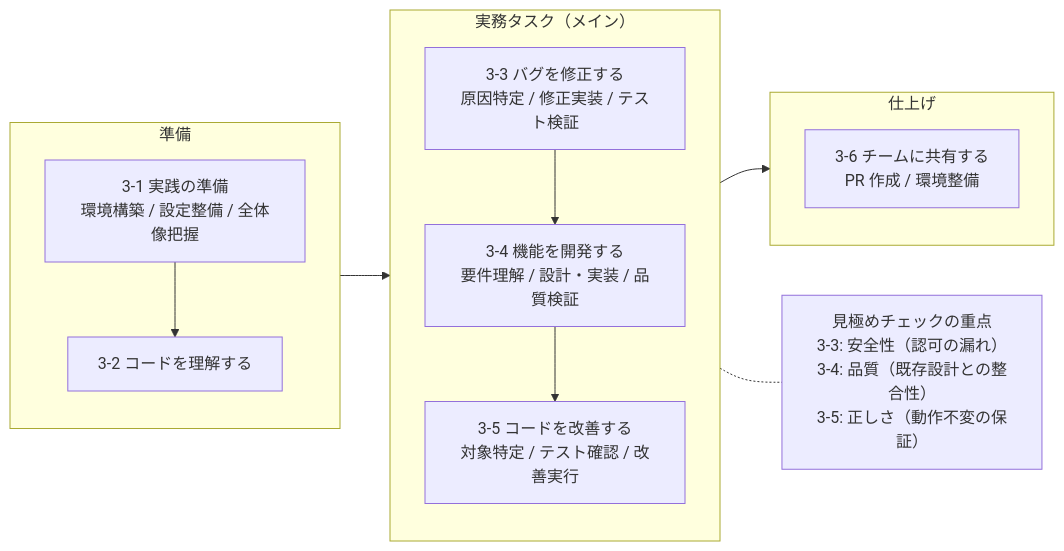
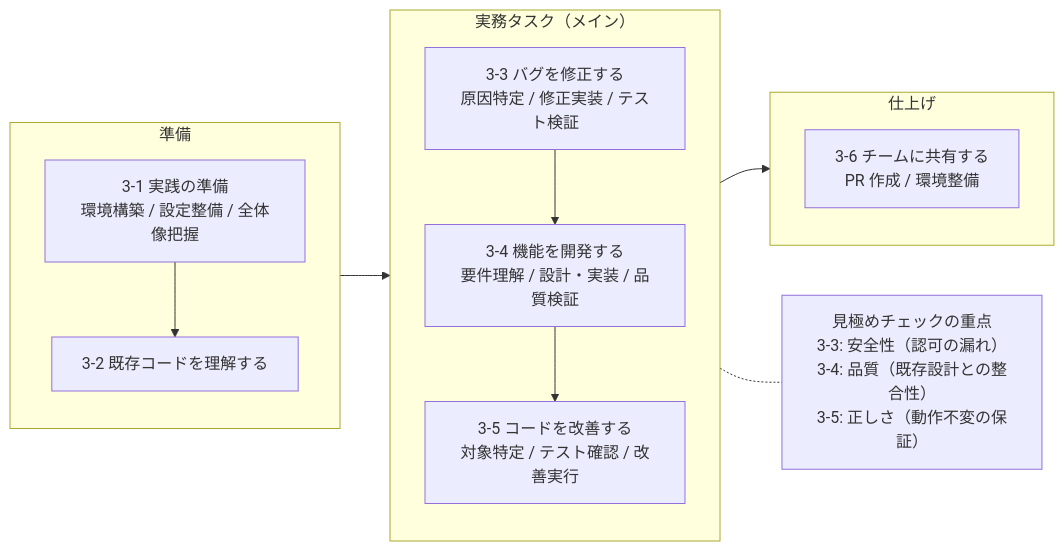
One commit to coachtech-material/pro-cc-guide changed the second of 2 diagrams in curriculums/part-03_Claude Codeの実践/chapter-01_実践の準備/3-1-1_Claude Codeで実務タスクを遂行する考え方.md. Above: the diagram before and after it, drawn with Mermaid. The commit also changed other lines of this file and 27 other files, not shown here.

````diff
--- a/curriculums/part-03_Claude Codeの実践/chapter-01_実践の準備/3-1-1_Claude Codeで実務タスクを遂行する考え方.md
+++ b/curriculums/part-03_Claude Codeの実践/chapter-01_実践の準備/3-1-1_Claude Codeで実務タスクを遂行する考え方.md
@@ -149,21 +149,21 @@
 ```mermaid
 flowchart LR
     subgraph S1["準備"]
         C1["3-1 実践の準備<br>環境構築 / 設定整備 / 全体像把握"]
-        C2["3-2 コードを理解する"]
+        C2["3-2 既存コードを理解する"]
         C1 --> C2
     end
     subgraph S2["実務タスク（メイン）"]
         C3["3-3 バグを修正する<br>原因特定 / 修正実装 / テスト検証"]
         C4["3-4 機能を開発する<br>要件理解 / 設計・実装 / 品質検証"]
         C5["3-5 コードを改善する<br>対象特定 / テスト確認 / 改善実行"]
         C3 --> C4 --> C5
     end
     subgraph S3["仕上げ"]
         C6["3-6 チームに共有する<br>PR 作成 / 環境整備"]
     end
     S1 --> S2 --> S3
 
     Focus["見極めチェックの重点<br>3-3: 安全性（認可の漏れ）<br>3-4: 品質（既存設計との整合性）<br>3-5: 正しさ（動作不変の保証）"]
     S2 -.- Focus
 ```
````
